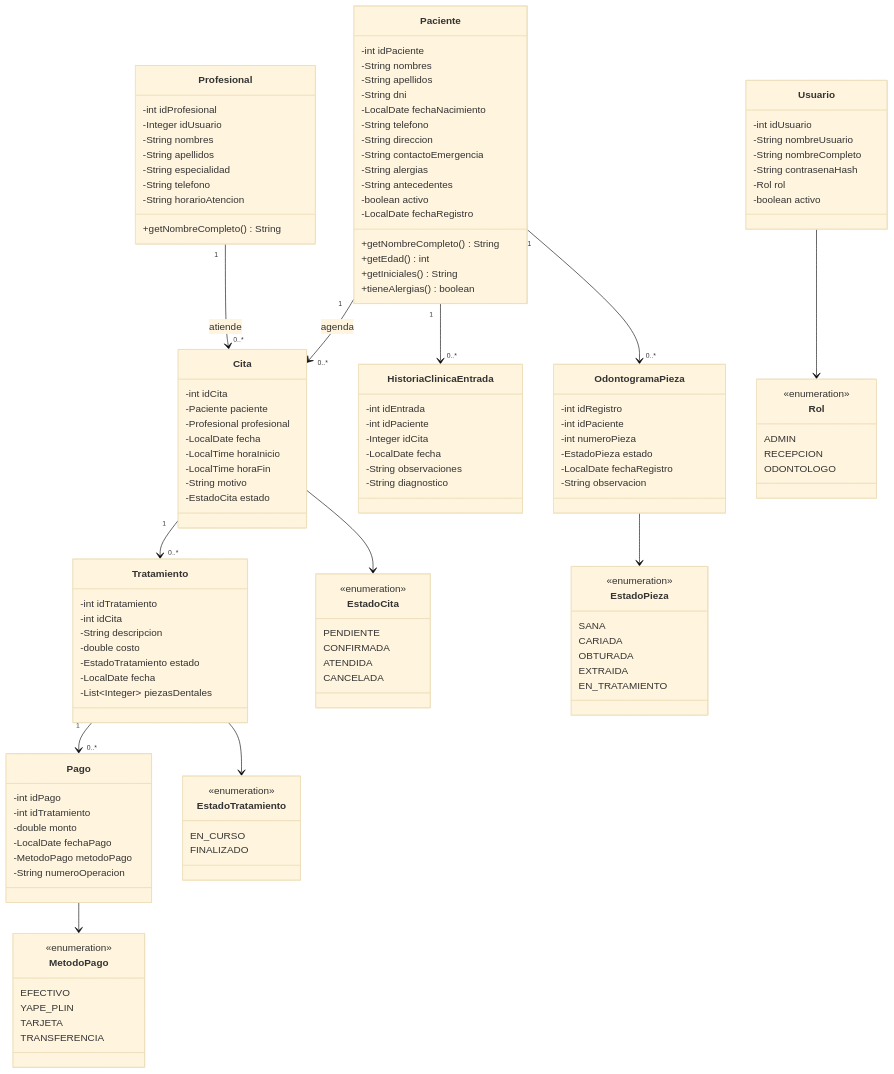
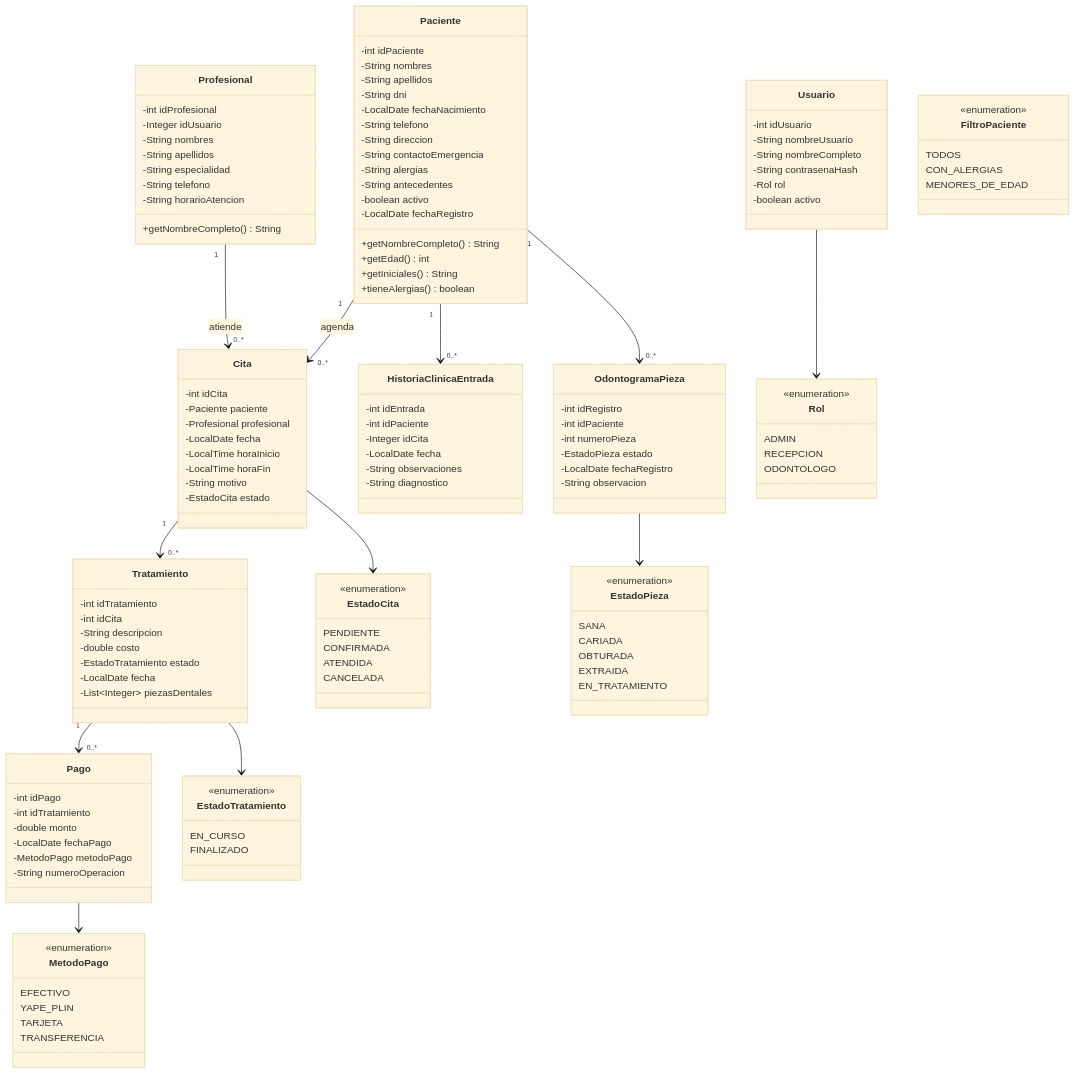
The first of 3 diagrams in docs/04-diagrama-clases.md (LuiDaniel/vyra-dentalSoftware), drawn with Mermaid (base theme) before and after one commit. The commit also changed other lines of this file and 25 other files, not shown here.

```diff
--- a/docs/04-diagrama-clases.md
+++ b/docs/04-diagrama-clases.md
@@ -118,6 +118,12 @@
         EN_CURSO
         FINALIZADO
     }
+    class FiltroPaciente {
+        <<enumeration>>
+        TODOS
+        CON_ALERGIAS
+        MENORES_DE_EDAD
+    }
     class MetodoPago {
         <<enumeration>>
         EFECTIVO
```
